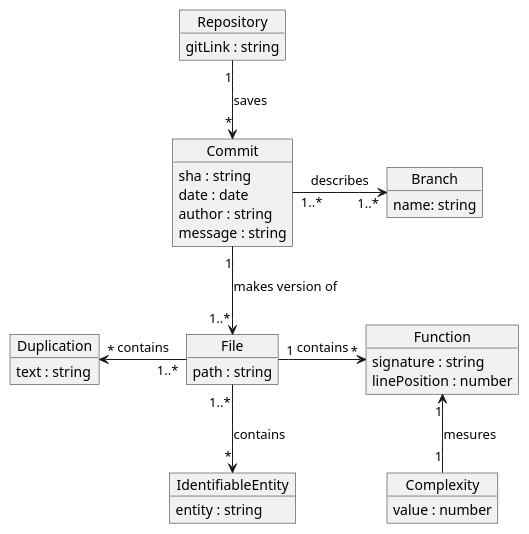
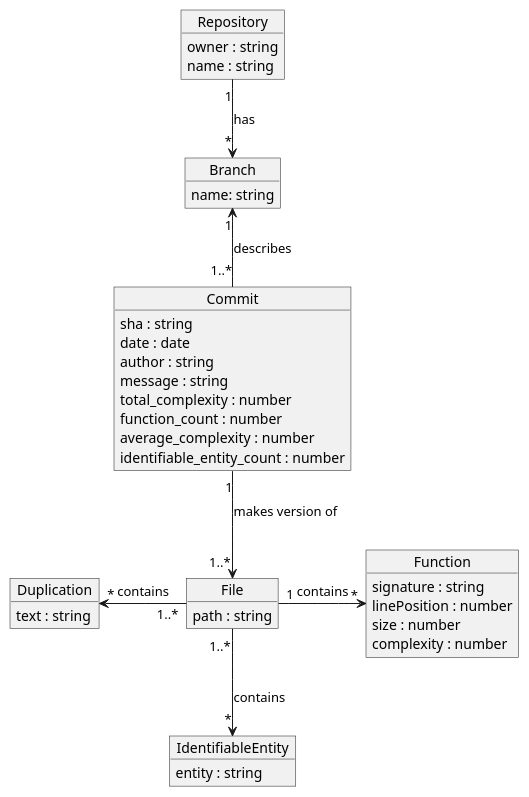
One commit to CAMaji/technical_debts changed the diagram in doc/schema_conceptuel.puml. Above: the diagram before and after it, drawn with PlantUML. The commit also changed 1 other file, not shown here.

Commit message:
update schema conceptuel et relationnel

```diff
--- a/doc/schema_conceptuel.puml
+++ b/doc/schema_conceptuel.puml
@@ -1,40 +1,46 @@
 @startuml Schéma conceptuel
 
 object Repository {
-	gitLink : string
+	owner : string
+    name : string
 }
 object Branch {
 	name: string
 }
 object Commit {
 	sha : string
     date : date
     author : string
     message : string
+    total_complexity : number
+    function_count : number
+    average_complexity : number
+    identifiable_entity_count : number
 }
+
 object File {
 	path : string
 }
+
 object Function {
     signature : string
     linePosition : number
+    size : number
+    complexity : number
 }
-object Complexity {
-	value : number
-}
+
 object IdentifiableEntity {
 	entity : string
 }
 object Duplication {
     text : string
 }
 
-Repository "1" -down-> "*" Commit : "saves"
-Commit "1..*" -right-> "1..*" Branch : "describes"
+Repository "1" -down-> "*" Branch : "has"
+Commit "1..*" -up-> "1" Branch : "describes"
 Commit "1" -down-> "1..*" File : "makes version of"
 "File" "1" -right-> "*" Function : "contains"
 "File" "1..*" -down-> "*" IdentifiableEntity : contains
-Complexity "1" -up-> "1" Function : "mesures"
 "File" "1..*" -left-> "*" Duplication : "contains"
 
 @enduml
```
